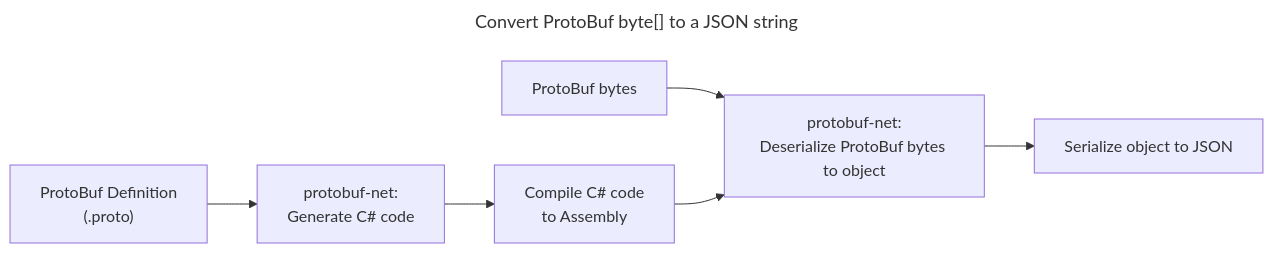
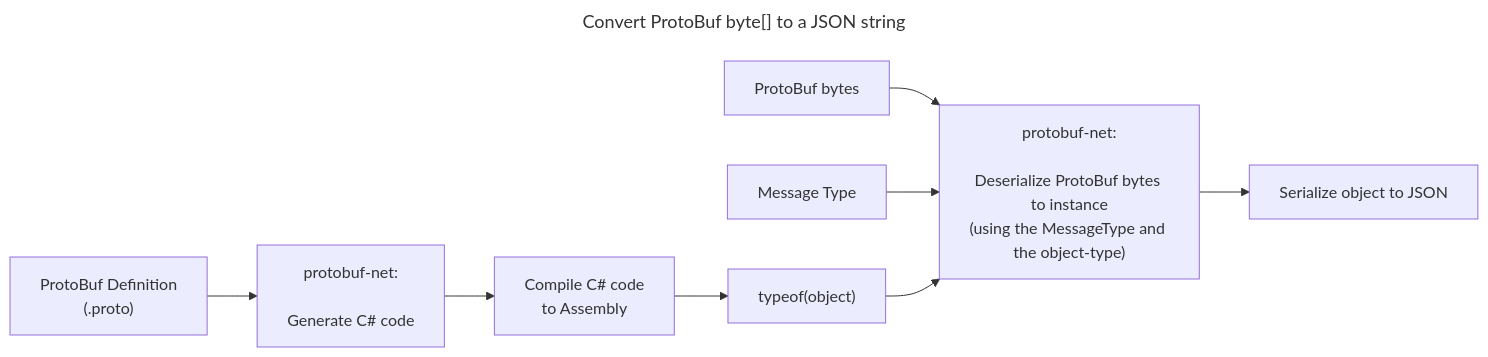
The diagram in README.md (StefH/ProtoBufJsonConverter), drawn with Mermaid before and after one commit.

Commit message:
Update README.md - mm

````diff
--- a/README.md
+++ b/README.md
@@ -38,11 +38,13 @@
 ``` mermaid
 ---
 title: "Convert ProtoBuf byte[] to a JSON string"
 ---
 flowchart LR
-	Def["ProtoBuf Definition\n(.proto)"] --> protobuf_net["protobuf-net:\nGenerate C# code"]
-	Bytes["ProtoBuf bytes"] --> Des["protobuf-net:\nDeserialize ProtoBuf bytes to object"]
+	Def["ProtoBuf Definition\n(.proto)"] --> protobuf_net["protobuf-net:\n\nGenerate C# code"]
+	Bytes["ProtoBuf bytes"] --> Des["protobuf-net:\n\nDeserialize ProtoBuf bytes to instance\n(using the MessageType and the object-type)"]
+        MessageType["Message Type"] --> Des 
 	protobuf_net --> CodeCompile["Compile C# code\nto Assembly"]
-	CodeCompile --> Des
+	CodeCompile --> CodeType["typeof(object)"]
+        CodeType --> Des
 	Des --> JSON2OBJ["Serialize object to JSON"]
 ```
````
